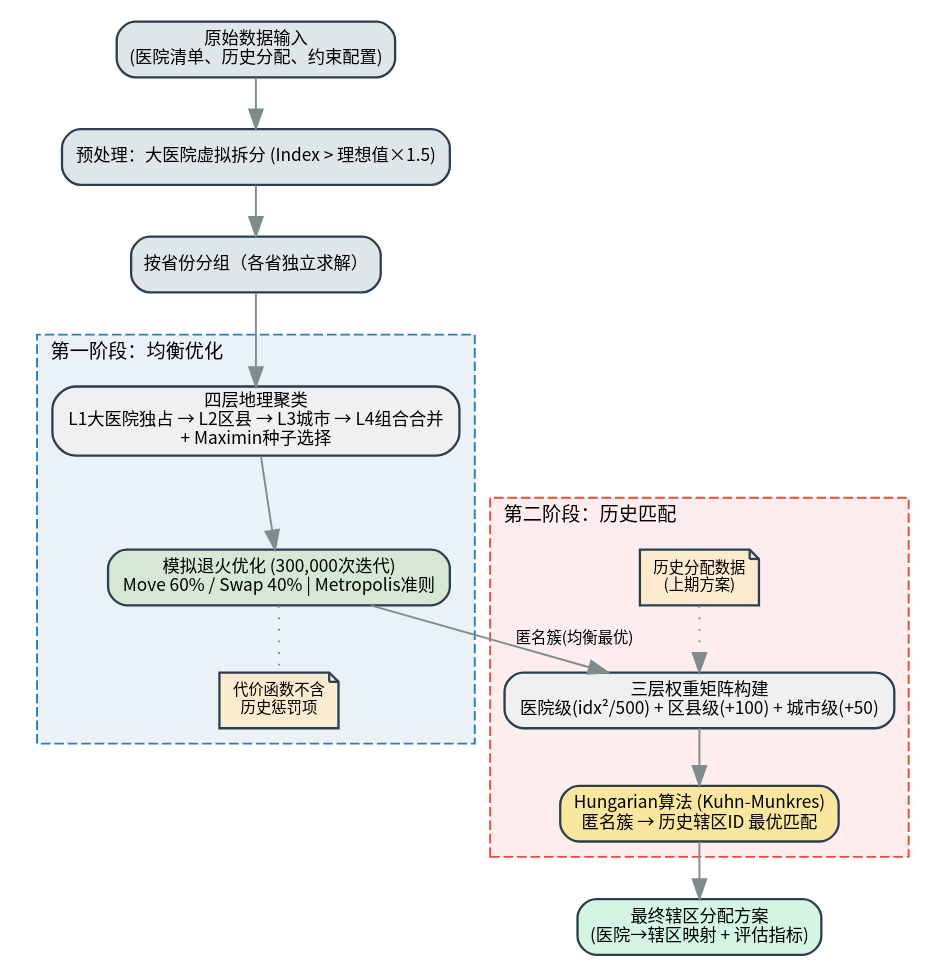
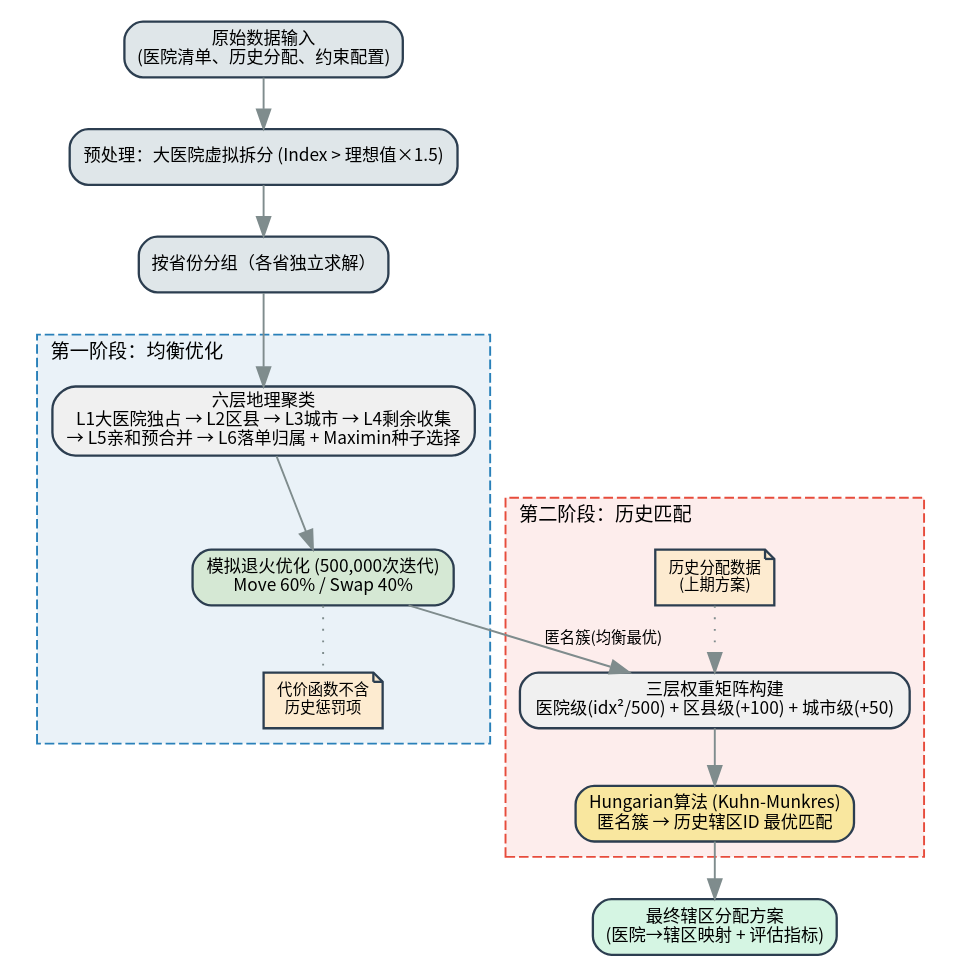
One commit to vickenkira36/SJTU_MBA_SFE changed the diagram in docs/figures/fig4-1.dot. Above: the diagram before and after it, drawn with Graphviz. The commit also changed 5 other files, not shown here.

```diff
--- a/docs/figures/fig4-1.dot
+++ b/docs/figures/fig4-1.dot
@@ -1,57 +1,57 @@
 digraph G {
     rankdir=TB;
     fontname="Noto Sans CJK JP";
     ranksep=0.35;
     nodesep=0.3;
     node [fontname="Noto Sans CJK JP", fontsize=9, shape=box, style="rounded,filled", fillcolor="#f0f0f0", color="#2c3e50", penwidth=1.2, height=0.4, margin="0.08,0.04"];
     edge [fontname="Noto Sans CJK JP", fontsize=8, color="#7f8c8d"];
 
     // Input & Preprocessing - compact
     input [label="原始数据输入\n(医院清单、历史分配、约束配置)", fillcolor="#dfe6e9"];
     preprocess [label="预处理：大医院虚拟拆分 (Index > 理想值×1.5)", fillcolor="#dfe6e9"];
     province [label="按省份分组（各省独立求解）", fillcolor="#dfe6e9"];
 
     // Stage 1
     subgraph cluster_stage1 {
         label="第一阶段：均衡优化";
         labeljust=l;
         fontname="Noto Sans CJK JP";
         fontsize=10;
         style="dashed";
         color="#2980b9";
         bgcolor="#eaf2f8";
         margin="8";
 
-        clustering [label="四层地理聚类\nL1大医院独占 → L2区县 → L3城市 → L4组合合并\n+ Maximin种子选择"];
-        sa [label="模拟退火优化 (300,000次迭代)\nMove 60% / Swap 40% | Metropolis准则", fillcolor="#d5e8d4"];
+        clustering [label="六层地理聚类\nL1大医院独占 → L2区县 → L3城市 → L4剩余收集\n→ L5亲和预合并 → L6落单归属 + Maximin种子选择"];
+        sa [label="模拟退火优化 (500,000次迭代)\nMove 60% / Swap 40%", fillcolor="#d5e8d4"];
         note1 [label="代价函数不含\n历史惩罚项", shape=note, fillcolor="#fdebd0", fontsize=8];
     }
 
     // Stage 2
     subgraph cluster_stage2 {
         label="第二阶段：历史匹配";
         labeljust=l;
         fontname="Noto Sans CJK JP";
         fontsize=10;
         style="dashed";
         color="#e74c3c";
         bgcolor="#fdedec";
         margin="8";
 
         weight [label="三层权重矩阵构建\n医院级(idx²/500) + 区县级(+100) + 城市级(+50)"];
         hungarian [label="Hungarian算法 (Kuhn-Munkres)\n匿名簇 → 历史辖区ID 最优匹配", fillcolor="#f9e79f"];
         note2 [label="历史分配数据\n(上期方案)", shape=note, fillcolor="#fdebd0", fontsize=8];
     }
 
     // Output
     output [label="最终辖区分配方案\n(医院→辖区映射 + 评估指标)", fillcolor="#d5f5e3"];
 
     // Edges
     input -> preprocess -> province -> clustering -> sa;
     sa -> weight [label="匿名簇(均衡最优)"];
     weight -> hungarian -> output;
 
     // Side notes
     sa -> note1 [style=dotted, arrowhead=none];
     note2 -> weight [style=dotted, arrowhead=normal, dir=forward];
 }
```
